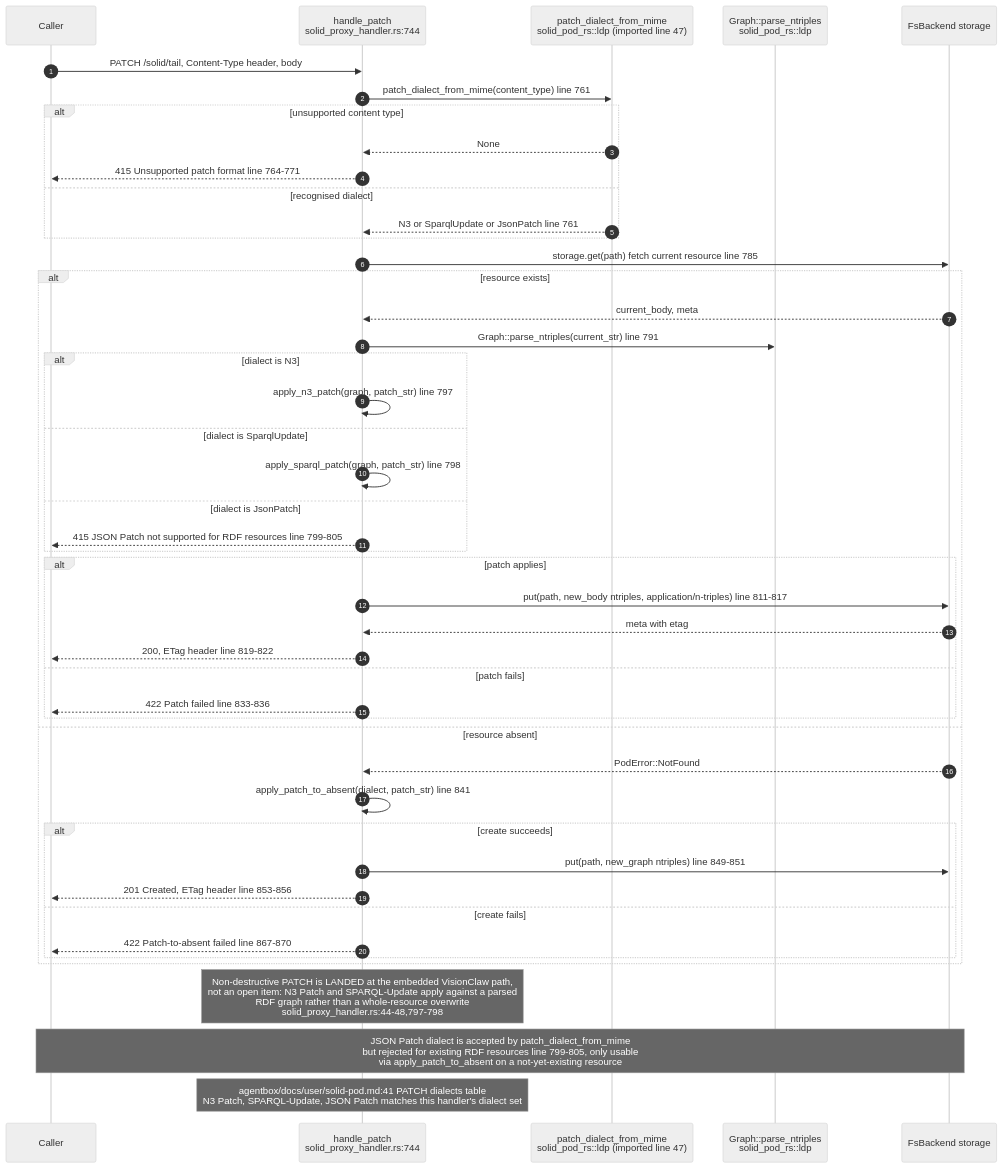
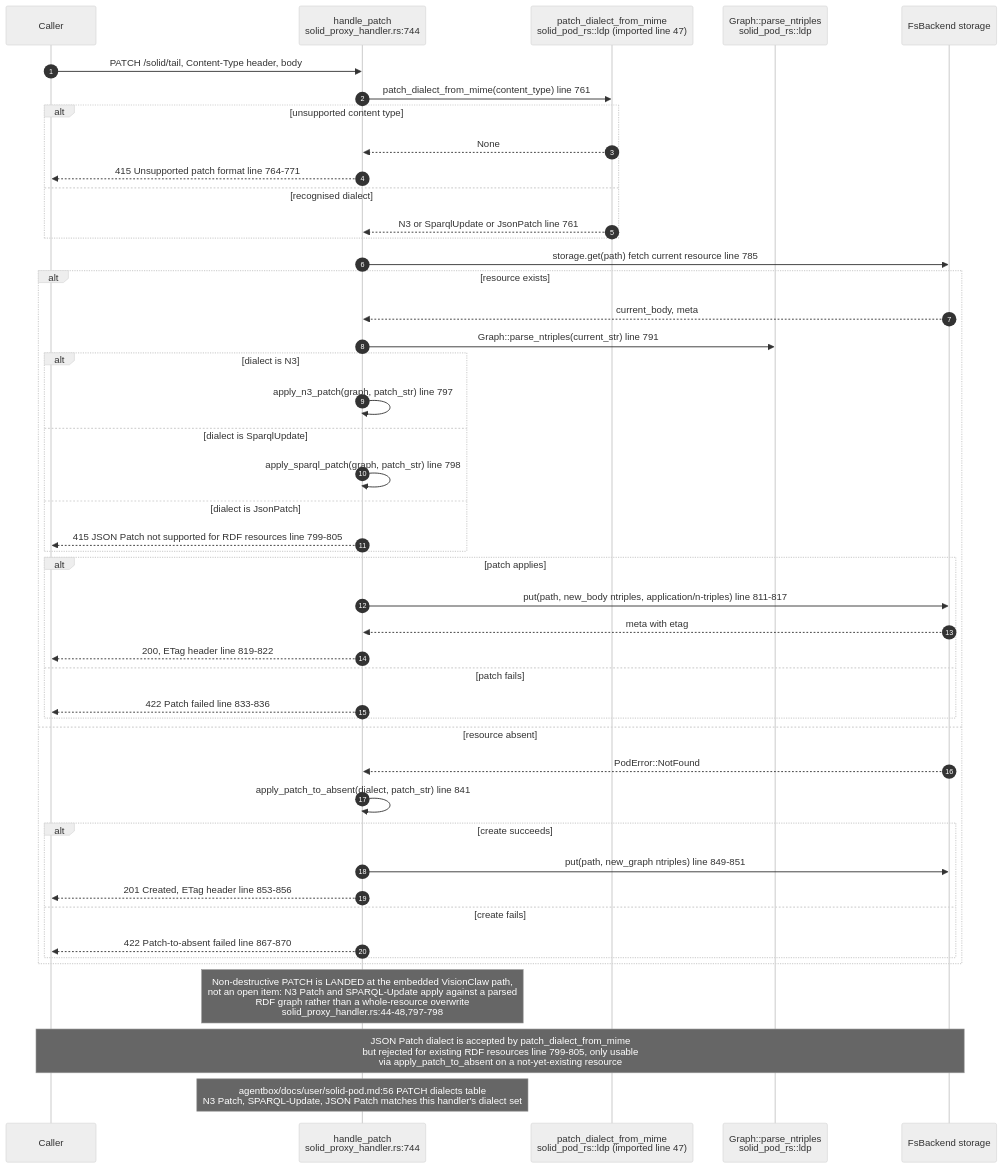
Before and after one commit to DreamLab-AI/VisionFlow: the sixth of 13 diagrams in docs/diagrams/estate/08-solid-pod-estate.md, drawn with Mermaid (neutral theme). The commit also changed other lines of this file and 160 other files, not shown here.

````diff
--- a/docs/diagrams/estate/08-solid-pod-estate.md
+++ b/docs/diagrams/estate/08-solid-pod-estate.md
@@ -257,51 +261,51 @@
 ```mermaid
 sequenceDiagram
     autonumber
     participant C as Caller
     participant H as handle_patch<br/>solid_proxy_handler.rs:744
     participant D as patch_dialect_from_mime<br/>solid_pod_rs::ldp (imported line 47)
     participant G as Graph::parse_ntriples<br/>solid_pod_rs::ldp
     participant FS as FsBackend storage
 
     C->>H: PATCH /solid/tail, Content-Type header, body
     H->>D: patch_dialect_from_mime(content_type) line 761
     alt unsupported content type
         D-->>H: None
         H-->>C: 415 Unsupported patch format line 764-771
     else recognised dialect
         D-->>H: N3 or SparqlUpdate or JsonPatch line 761
     end
 
     H->>FS: storage.get(path) fetch current resource line 785
     alt resource exists
         FS-->>H: current_body, meta
         H->>G: Graph::parse_ntriples(current_str) line 791
         alt dialect is N3
             H->>H: apply_n3_patch(graph, patch_str) line 797
         else dialect is SparqlUpdate
             H->>H: apply_sparql_patch(graph, patch_str) line 798
         else dialect is JsonPatch
             H-->>C: 415 JSON Patch not supported for RDF resources line 799-805
         end
         alt patch applies
             H->>FS: put(path, new_body ntriples, application/n-triples) line 811-817
             FS-->>H: meta with etag
             H-->>C: 200, ETag header line 819-822
         else patch fails
             H-->>C: 422 Patch failed line 833-836
         end
     else resource absent
         FS-->>H: PodError::NotFound
         H->>H: apply_patch_to_absent(dialect, patch_str) line 841
         alt create succeeds
             H->>FS: put(path, new_graph ntriples) line 849-851
             H-->>C: 201 Created, ETag header line 853-856
         else create fails
             H-->>C: 422 Patch-to-absent failed line 867-870
         end
     end
 
     Note over H: Non-destructive PATCH is LANDED at the embedded VisionClaw path,<br/>not an open item: N3 Patch and SPARQL-Update apply against a parsed<br/>RDF graph rather than a whole-resource overwrite<br/>solid_proxy_handler.rs:44-48,797-798
     Note over C,FS: JSON Patch dialect is accepted by patch_dialect_from_mime<br/>but rejected for existing RDF resources line 799-805, only usable<br/>via apply_patch_to_absent on a not-yet-existing resource
-    Note over H: agentbox/docs/user/solid-pod.md:41 PATCH dialects table<br/>N3 Patch, SPARQL-Update, JSON Patch matches this handler's dialect set
+    Note over H: agentbox/docs/user/solid-pod.md:56 PATCH dialects table<br/>N3 Patch, SPARQL-Update, JSON Patch matches this handler's dialect set
 ```
````
